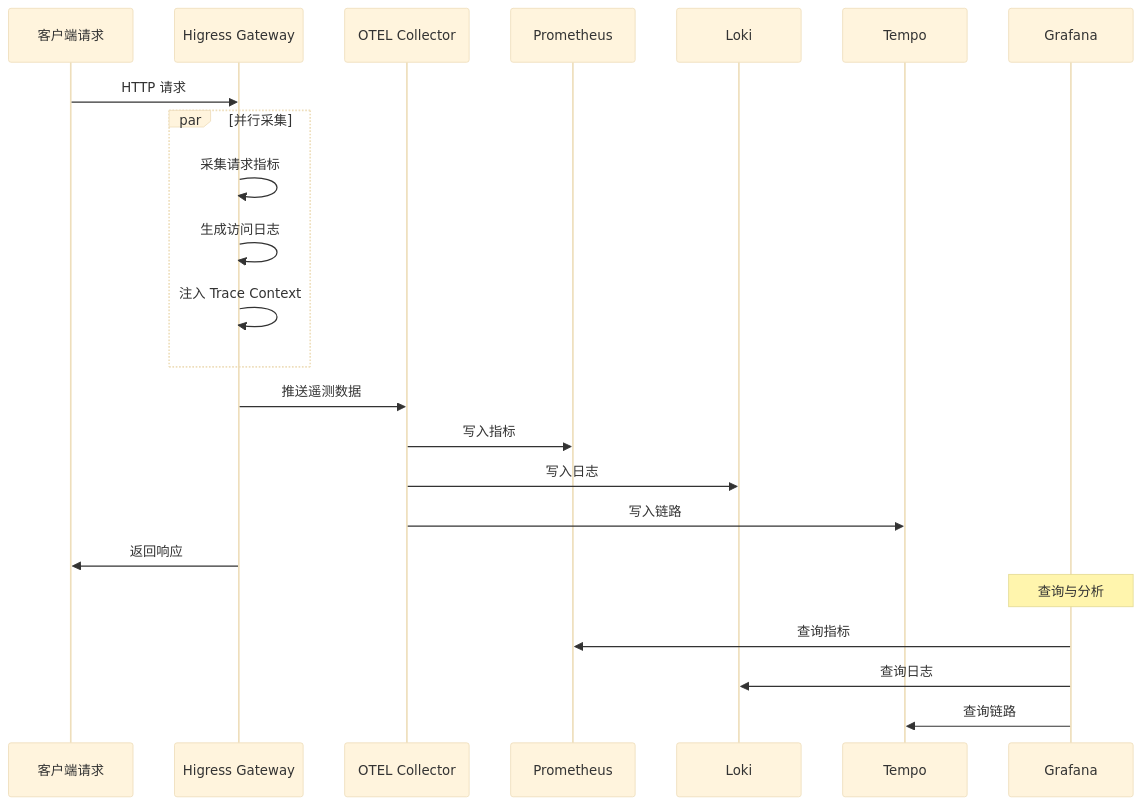
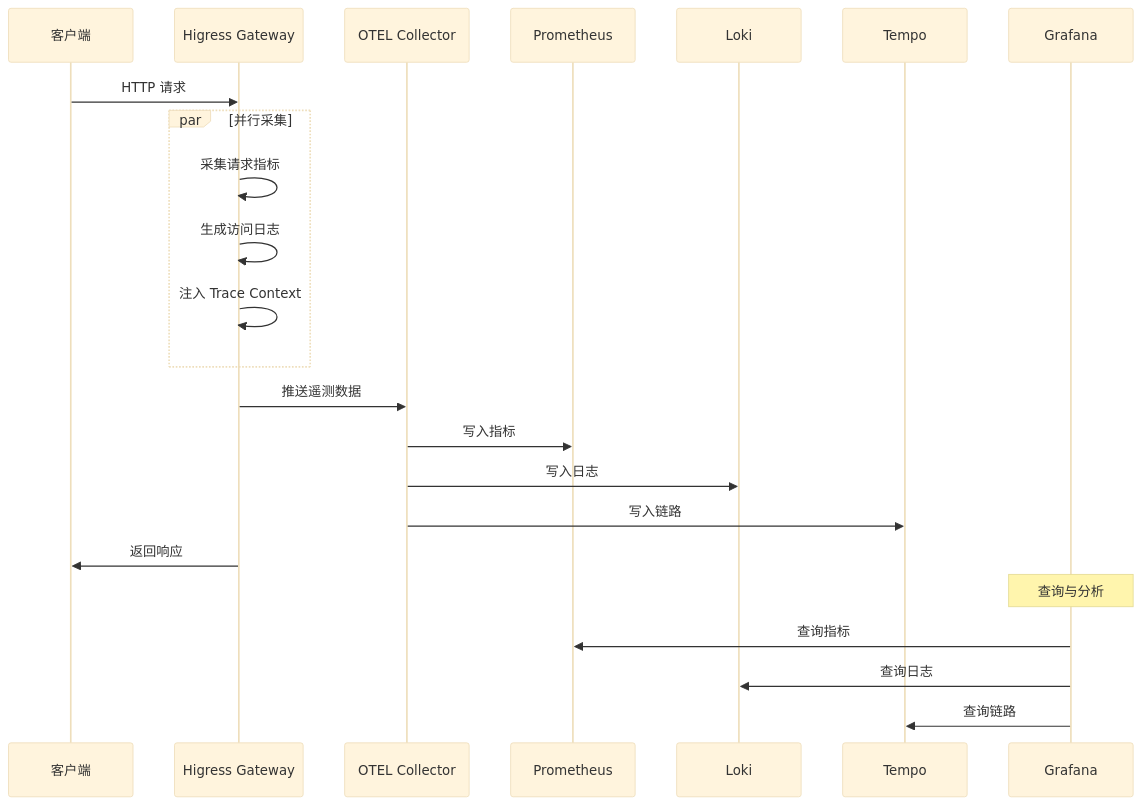
The second of 8 diagrams in src/content/docs/api-gateway/higress/79731151-higress-observability-architecture-guide.md (wssaidong/caishaodong.blog), drawn with Mermaid (base theme) before and after one commit. The commit also changed other lines of this file and 1 other file, not shown here.

````diff
--- a/src/content/docs/api-gateway/higress/79731151-higress-observability-architecture-guide.md
+++ b/src/content/docs/api-gateway/higress/79731151-higress-observability-architecture-guide.md
@@ -117,30 +179,30 @@
 ```mermaid
 sequenceDiagram
-    participant Client as 客户端请求
+    participant Client as 客户端
     participant GW as Higress Gateway
     participant OTEL as OTEL Collector
     participant PROM as Prometheus
     participant LOKI as Loki
     participant TEMPO as Tempo
     participant GRAFANA as Grafana
-    
+
     Client->>GW: HTTP 请求
-    
+
     par 并行采集
         GW->>GW: 采集请求指标
         GW->>GW: 生成访问日志
         GW->>GW: 注入 Trace Context
     end
-    
+
     GW->>OTEL: 推送遥测数据
     OTEL->>PROM: 写入指标
     OTEL->>LOKI: 写入日志
     OTEL->>TEMPO: 写入链路
-    
+
     GW->>Client: 返回响应
-    
+
     Note over GRAFANA: 查询与分析
     GRAFANA->>PROM: 查询指标
     GRAFANA->>LOKI: 查询日志
     GRAFANA->>TEMPO: 查询链路
 ```
````
